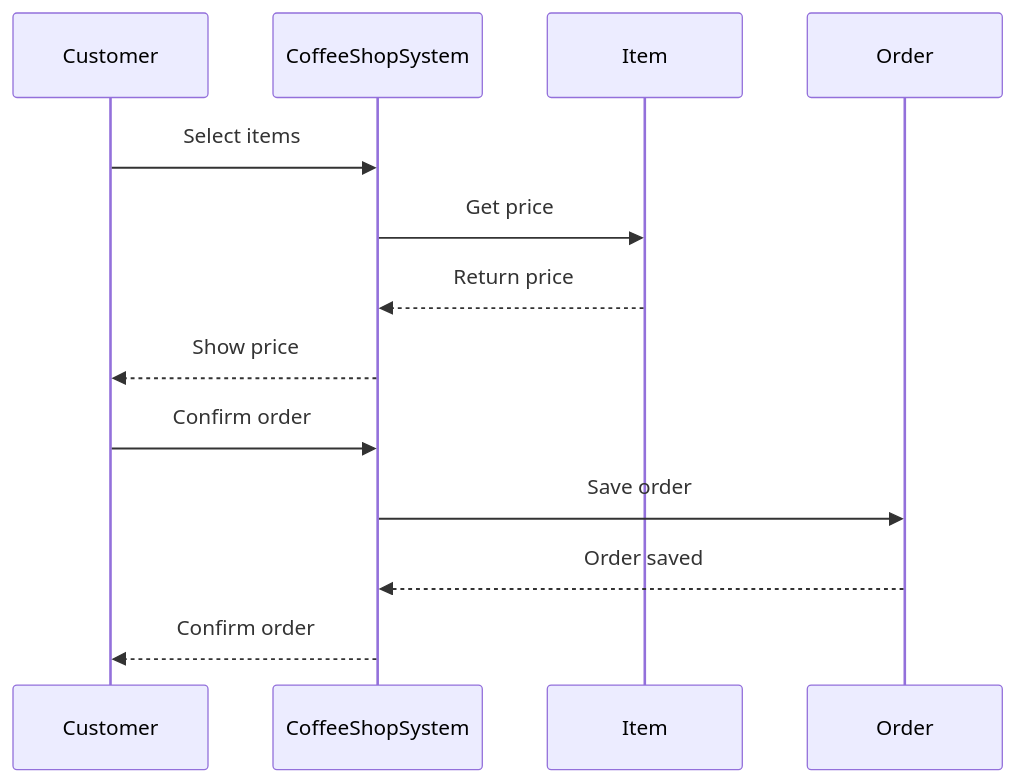
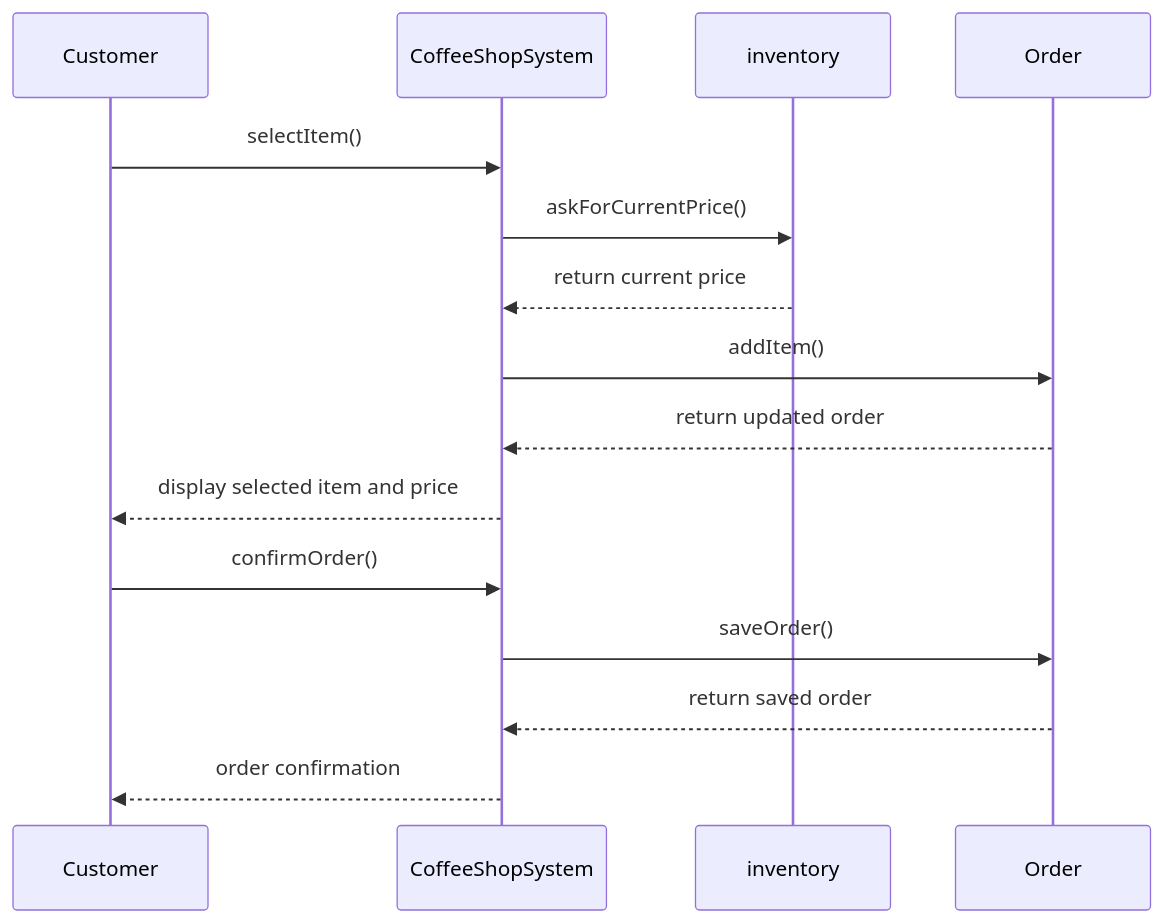
The first of 3 diagrams in week-04/Individual_sketch2.md (Anthony-Vang11/ICS372-AnthonyVang), drawn with Mermaid before and after one commit. The commit also changed other lines of this file, not shown here.

Commit message:
Update sequence diagrams for order process

````diff
--- a/week-04/Individual_sketch2.md
+++ b/week-04/Individual_sketch2.md
@@ -14,17 +16,19 @@
 ```mermaid
 sequenceDiagram
     participant Customer
     participant CoffeeShopSystem
-    participant Item
+    participant inventory
     participant Order
 
-    Customer->>CoffeeShopSystem: Select items
-    CoffeeShopSystem->>Item: Get price
-    Item-->>CoffeeShopSystem: Return price
-    CoffeeShopSystem-->>Customer: Show price
+    Customer->>CoffeeShopSystem: selectItem()
+    CoffeeShopSystem->>inventory: askForCurrentPrice()
+    inventory-->>CoffeeShopSystem: return current price
+    CoffeeShopSystem->>Order: addItem()
+    Order-->>CoffeeShopSystem: return updated order
+    CoffeeShopSystem-->>Customer: display selected item and price
 
-    Customer->>CoffeeShopSystem: Confirm order
-    CoffeeShopSystem->>Order: Save order
-    Order-->>CoffeeShopSystem: Order saved
-    CoffeeShopSystem-->>Customer: Confirm order
+    Customer->>CoffeeShopSystem: confirmOrder()
+    CoffeeShopSystem->>Order: saveOrder()
+    Order-->>CoffeeShopSystem: return saved order
+    CoffeeShopSystem-->>Customer: order confirmation
 ```
````
